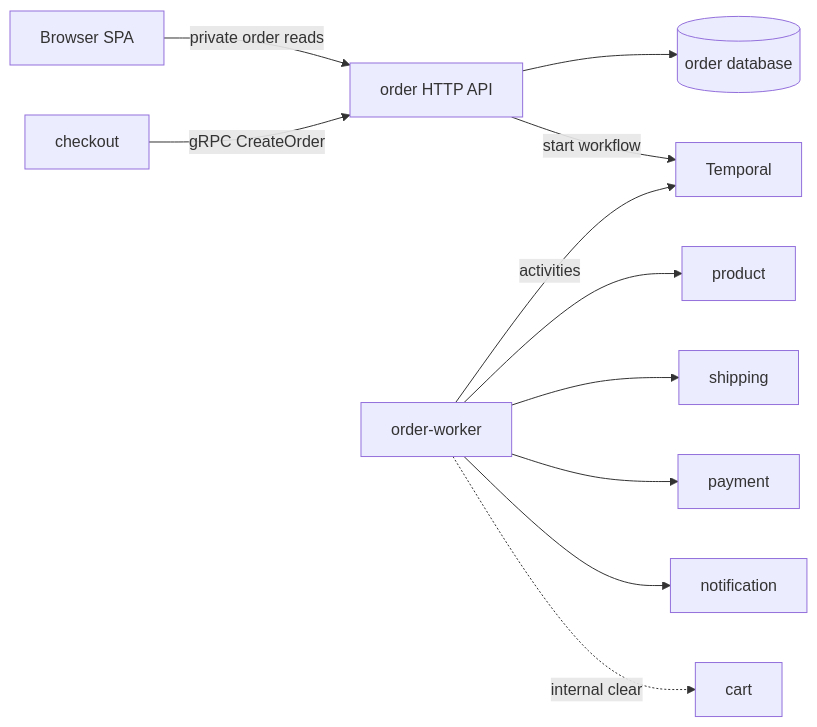
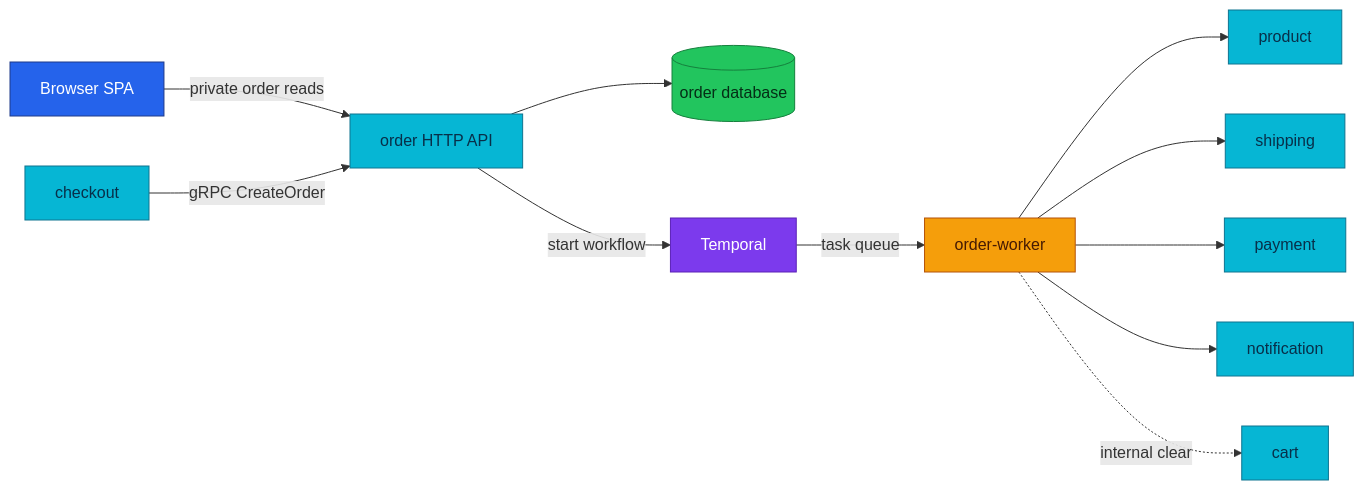
One commit to duynhlab/homelab changed the diagram in docs/api/order.md. Above: the diagram before and after it, drawn with Mermaid. The commit also changed other lines of this file and 15 other files, not shown here.

First line of the commit message:
Improve API architecture diagrams (#513)

````diff
--- a/docs/api/order.md
+++ b/docs/api/order.md
@@ -21,13 +21,24 @@
 ```mermaid
 flowchart LR
     SPA[Browser SPA] -->|private order reads| Order[order HTTP API]
     Checkout[checkout] -->|gRPC CreateOrder| Order
     Order --> DB[(order database)]
     Order -->|start workflow| Temporal[Temporal]
-    Worker[order-worker] -->|activities| Temporal
+    Temporal -->|task queue| Worker[order-worker]
     Worker --> Product[product]
     Worker --> Shipping[shipping]
     Worker --> Payment[payment]
     Worker --> Notification[notification]
     Worker -. internal clear .-> Cart[cart]
+
+    classDef edge fill:#2563eb,color:#fff,stroke:#1e3a8a;
+    classDef service fill:#06b6d4,color:#082f49,stroke:#0e7490;
+    classDef worker fill:#f59e0b,color:#451a03,stroke:#b45309;
+    classDef platform fill:#7c3aed,color:#fff,stroke:#5b21b6;
+    classDef data fill:#22c55e,color:#052e16,stroke:#15803d;
+    class SPA edge;
+    class Order,Checkout,Product,Shipping,Payment,Notification,Cart service;
+    class Worker worker;
+    class Temporal platform;
+    class DB data;
 ```
````
